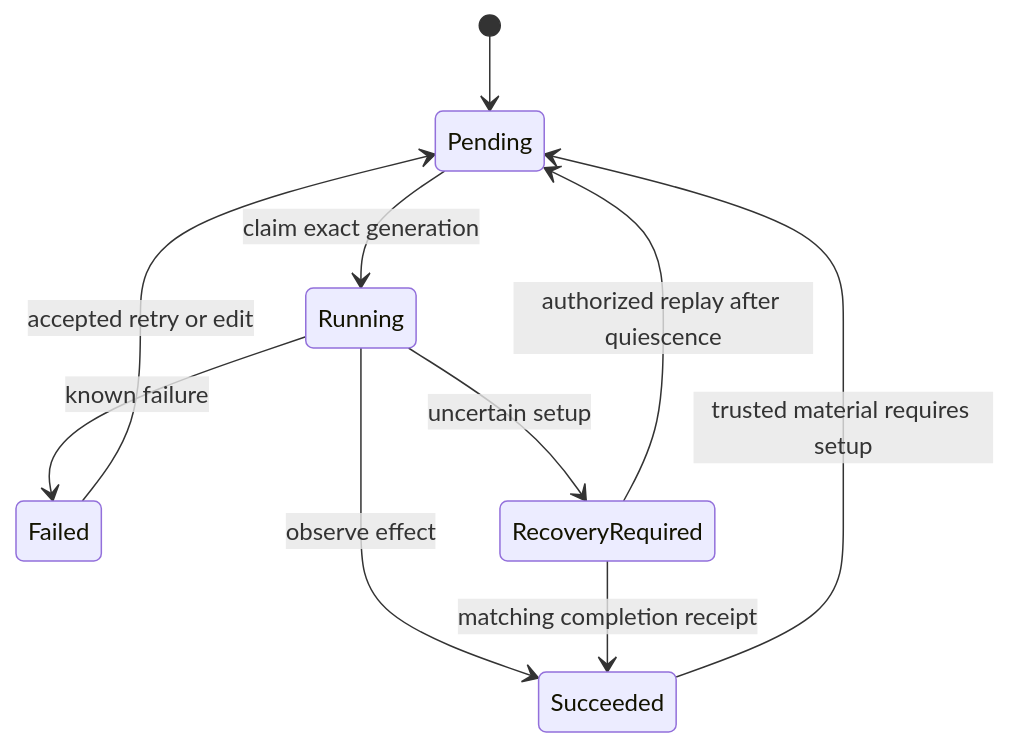
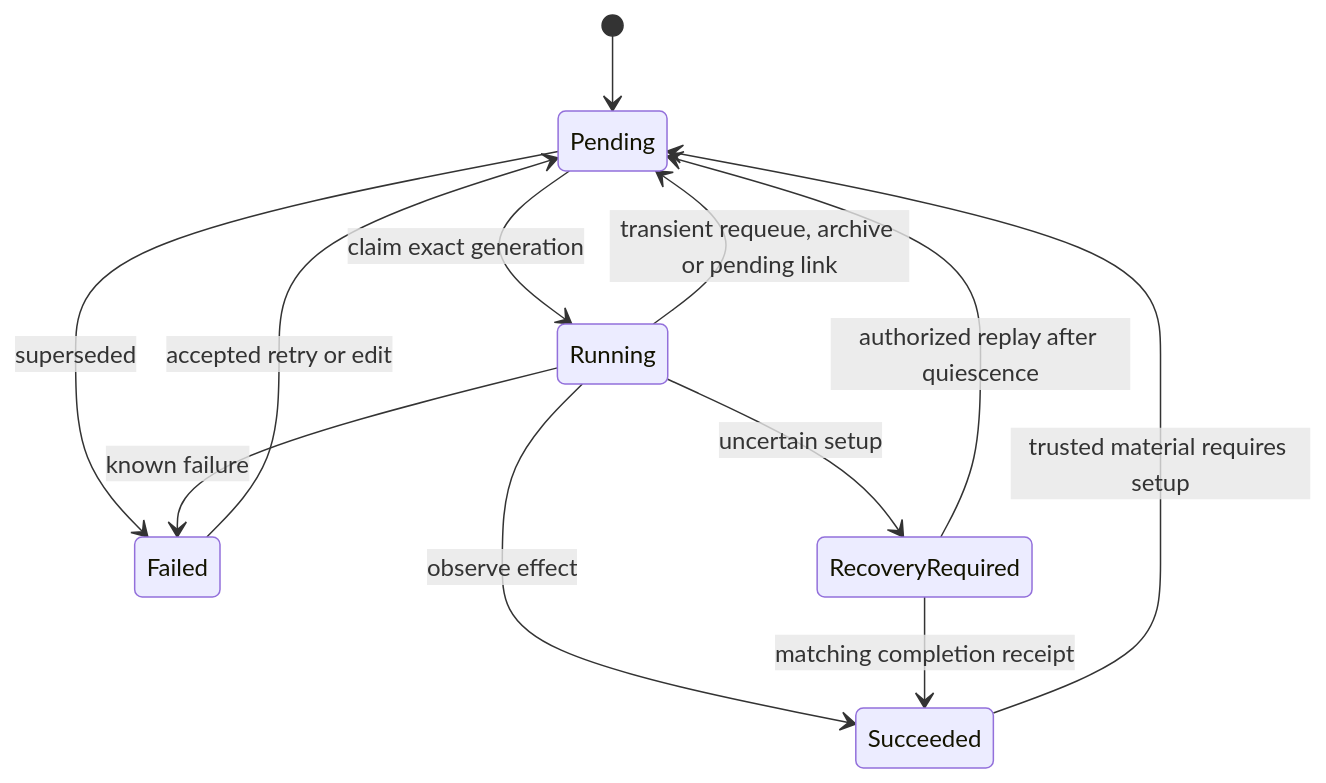
One commit to maister-dev/maister changed the first of 2 diagrams in docs/system-analytics/project-dependency-installation.md. Above: the diagram before and after it, drawn with Mermaid. The commit also changed 19 other files, not shown here.

````diff
--- a/docs/system-analytics/project-dependency-installation.md
+++ b/docs/system-analytics/project-dependency-installation.md
@@ -20,12 +20,14 @@
 ```mermaid
 stateDiagram-v2
     [*] --> Pending
     Pending --> Running: claim exact generation
+    Pending --> Failed: superseded
+    Running --> Pending: transient requeue, archive or pending link
     Running --> Succeeded: observe effect
     Running --> Failed: known failure
     Running --> RecoveryRequired: uncertain setup
     Succeeded --> Pending: trusted material requires setup
     Failed --> Pending: accepted retry or edit
     RecoveryRequired --> Succeeded: matching completion receipt
     RecoveryRequired --> Pending: authorized replay after quiescence
 ```
````
